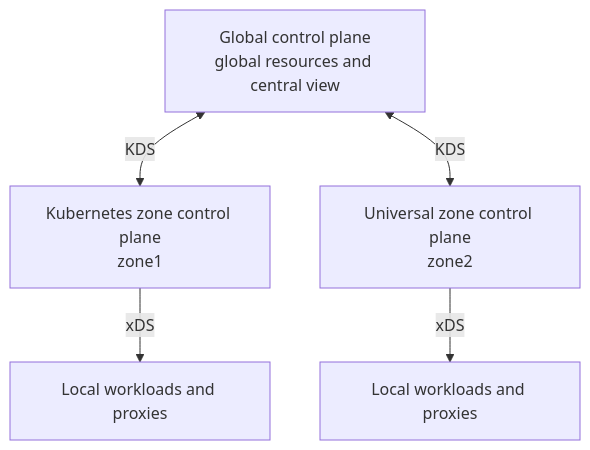
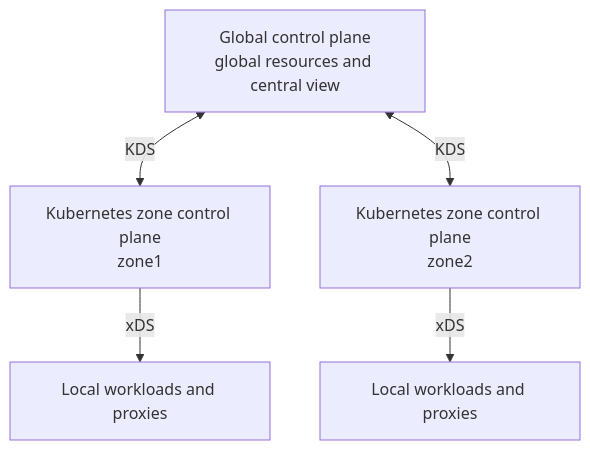
Before and after one commit to Kong/developer.konghq.com: the diagram in app/mesh/resource-scoping.md, drawn with Mermaid. The commit also changed other lines of this file and 27 other files, not shown here.

```diff
--- a/app/mesh/resource-scoping.md
+++ b/app/mesh/resource-scoping.md
@@ -42,13 +42,13 @@
 {% mermaid %}
 flowchart TD
     K["Global control plane<br/>global resources and central view"]
     Z1["Kubernetes zone control plane<br/>zone1"]
-    Z2["Universal zone control plane<br/>zone2"]
+    Z2["Kubernetes zone control plane<br/>zone2"]
     D1["Local workloads and proxies"]
     D2["Local workloads and proxies"]
 
     K <-->|KDS| Z1
     K <-->|KDS| Z2
     Z1 -->|xDS| D1
     Z2 -->|xDS| D2
 {% endmermaid %}
```
